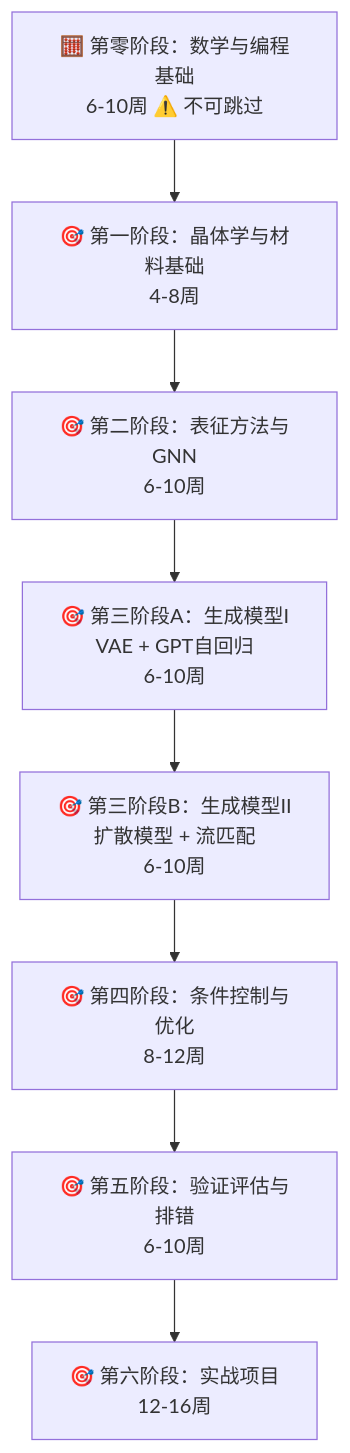
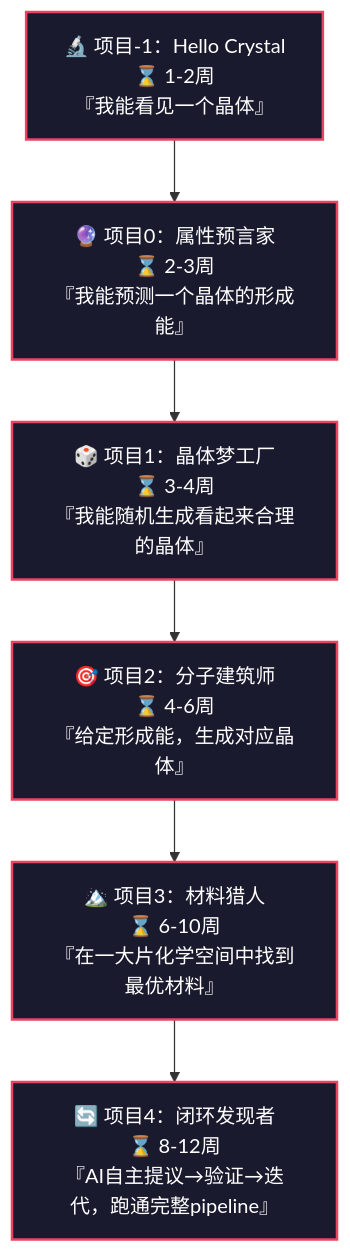
Before and after one commit to Ljp-c/Material_MTL: the fourth of 9 diagrams in 学习路线.md/学习路线.md, drawn with Mermaid. The commit also changed other lines of this file, not shown here.

````diff
--- a/学习路线.md/学习路线.md
+++ b/学习路线.md/学习路线.md
@@ -198,11 +249,11 @@
 ```mermaid
 flowchart TD
-    Z[🧮 第零阶段：数学与编程基础<br/>6-10周 ⚠️ 不可跳过] --> A
-    A[🎯 第一阶段：晶体学与材料基础<br/>4-8周] --> B
-    B[🎯 第二阶段：表征方法与GNN<br/>6-10周] --> C1
-    C1[🎯 第三阶段A：生成模型I<br/>VAE + GPT自回归<br/>6-10周] --> C2
-    C2[🎯 第三阶段B：生成模型II<br/>扩散模型 + 流匹配<br/>6-10周] --> D
-    D[🎯 第四阶段：条件控制与优化<br/>8-12周] --> E
-    E[🎯 第五阶段：验证评估与排错<br/>6-10周] --> F
-    F[🎯 第六阶段：实战项目<br/>12-16周]
+    N1["🔬 项目-1：Hello Crystal<br/>⌛ 1-2周<br/>『我能看见一个晶体』"]:::proj
+    N1 --> N2["🔮 项目0：属性预言家<br/>⌛ 2-3周<br/>『我能预测一个晶体的形成能』"]:::proj
+    N2 --> N3["🎲 项目1：晶体梦工厂<br/>⌛ 3-4周<br/>『我能随机生成看起来合理的晶体』"]:::proj
+    N3 --> N4["🎯 项目2：分子建筑师<br/>⌛ 4-6周<br/>『给定形成能，生成对应晶体』"]:::proj
+    N4 --> N5["🏔️ 项目3：材料猎人<br/>⌛ 6-10周<br/>『在一大片化学空间中找到最优材料』"]:::proj
+    N5 --> N6["🔄 项目4：闭环发现者<br/>⌛ 8-12周<br/>『AI自主提议→验证→迭代，跑通完整pipeline』"]:::proj
+
+    classDef proj fill:#1a1a2e,stroke:#e94560,stroke-width:2px,color:#ffffff
 ```
````
